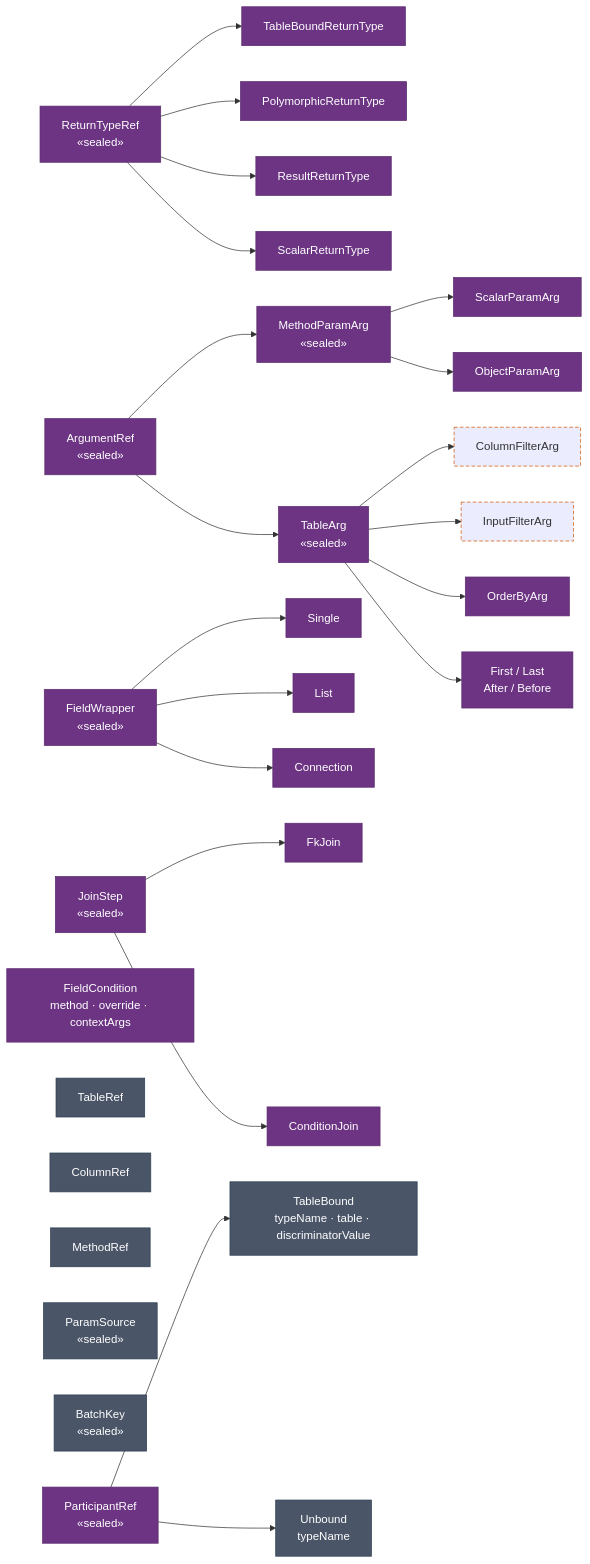
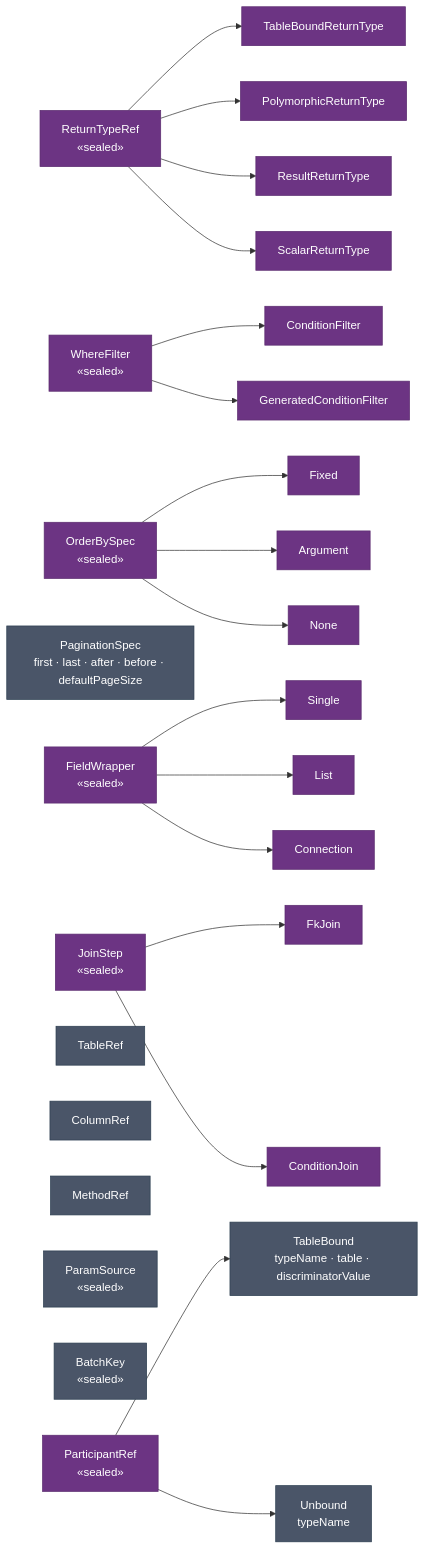
The fourth of 4 diagrams in docs/rewrite-model.md (sikt-no/graphitron), drawn with Mermaid before and after one commit. The commit also changed other lines of this file, not shown here.

````diff
--- a/docs/rewrite-model.md
+++ b/docs/rewrite-model.md
@@ -140,42 +139,40 @@
 ```mermaid
 graph LR
     classDef sup fill:#6C3483,stroke:#5B2C6F,color:#fff
     classDef val fill:#4A5568,stroke:#2C3E50,color:#fff
-    classDef gap stroke:#D35400,stroke-dasharray:5 3
 
     RTR["ReturnTypeRef\n«sealed»"]:::sup
     RTR --> TBRT["TableBoundReturnType"]:::sup
     RTR --> PolRT["PolymorphicReturnType"]:::sup
     RTR --> ResRTR["ResultReturnType"]:::sup
     RTR --> ScRTR["ScalarReturnType"]:::sup
 
-    AR["ArgumentRef\n«sealed»"]:::sup
-    AR --> MPA["MethodParamArg\n«sealed»"]:::sup
-    MPA --> SPA["ScalarParamArg"]:::sup
-    MPA --> OPA["ObjectParamArg"]:::sup
-    AR --> TA["TableArg\n«sealed»"]:::sup
-    TA --> CFA["ColumnFilterArg"]:::gap
-    TA --> IFA["InputFilterArg"]:::gap
-    TA --> OBA["OrderByArg"]:::sup
-    TA --> PagA["First / Last\nAfter / Before"]:::sup
+    WF["WhereFilter\n«sealed»"]:::sup
+    WF --> CoF["ConditionFilter"]:::sup
+    WF --> GCF["GeneratedConditionFilter"]:::sup
+
+    OBS["OrderBySpec\n«sealed»"]:::sup
+    OBS --> OBF["Fixed"]:::sup
+    OBS --> OBA["Argument"]:::sup
+    OBS --> OBN["None"]:::sup
+
+    PSp["PaginationSpec\nfirst · last · after · before · defaultPageSize"]:::val
 
     FW["FieldWrapper\n«sealed»"]:::sup
     FW --> SFW["Single"]:::sup
     FW --> LFW["List"]:::sup
     FW --> CFW["Connection"]:::sup
 
     JS["JoinStep\n«sealed»"]:::sup
     JS --> FKJ["FkJoin"]:::sup
     JS --> CJ["ConditionJoin"]:::sup
 
-    FC["FieldCondition\nmethod · override · contextArgs"]:::sup
-
     TR["TableRef"]:::val
     CR["ColumnRef"]:::val
     MR["MethodRef"]:::val
     PS["ParamSource\n«sealed»"]:::val
     SR["BatchKey\n«sealed»"]:::val
     PR["ParticipantRef\n«sealed»"]:::sup
     PR --> PRB["TableBound\ntypeName · table · discriminatorValue"]:::val
     PR --> PRU["Unbound\ntypeName"]:::val
 ```
````
